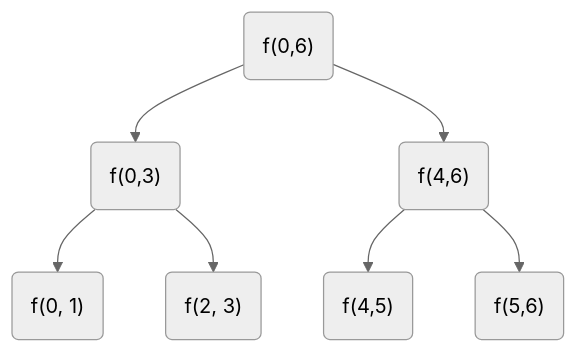
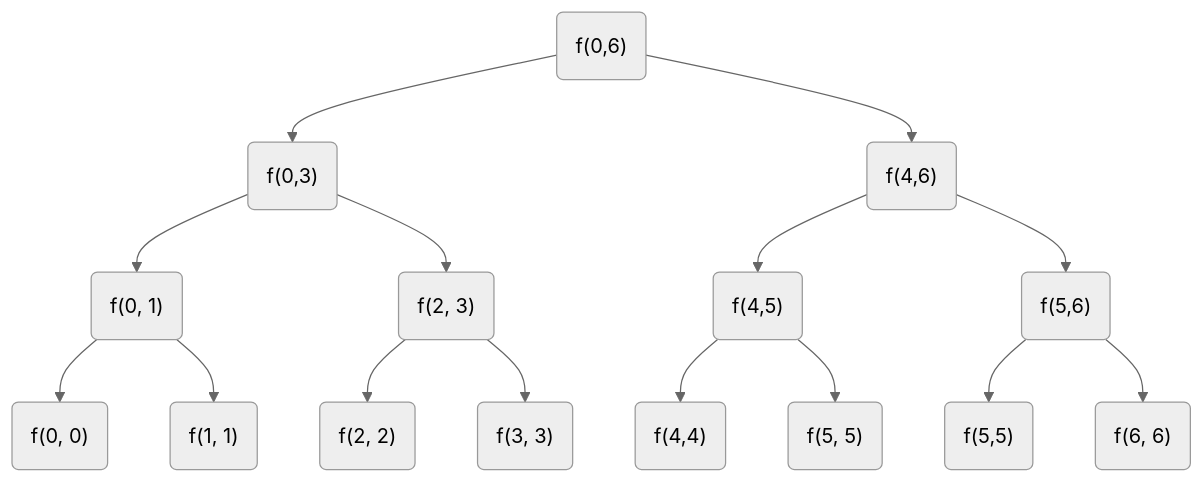
The fifth of 5 diagrams in Technical/DSA/Recursion.md (ImtiazKhanDS/notes), drawn with Mermaid (neutral theme) before and after one commit. The commit also changed other lines of this file, not shown here.

Commit message:
Commit from imtiaz_personal_laptop on 04/10/2024, 12:37:39

````diff
--- a/Technical/DSA/Recursion.md
+++ b/Technical/DSA/Recursion.md
@@ -340,21 +340,31 @@
 ```mermaid
 graph TD
 
 f0("f(0, 6)") --> f1("f(0,3)")
 
 f0("f(0,6)") --> f2("f(4,6)")
 
 f1("f(0,3)") --> f4("f(0, 1)")
 
 
 f1("f(0,3)") --> f5("f(2, 3)")
 
+f4("f(0, 1)") --> f8("f(0, 0)")
 
+f4("f(0, 1)") --> f9("f(1, 1)")
+
+f5("f(2, 3)") --> f11("f(2, 2)")
+f5("f(2, 3)") --> f12("f(3, 3)")
 
 f2("f(4,6)") --> f7("f(4,5)")
 
 f2("f(4,6)") --> f6("f(5,6)")
 
+f7("f(4,5)") --> f13("f(4,4)")
+f7("f(4,5)") --> f14("f(5, 5)")
+
+f6("f(5,6)") --> f15("f(5,5)")
+f6("f(5,6)") --> f16("f(6, 6)")
 
 
 ```
````
